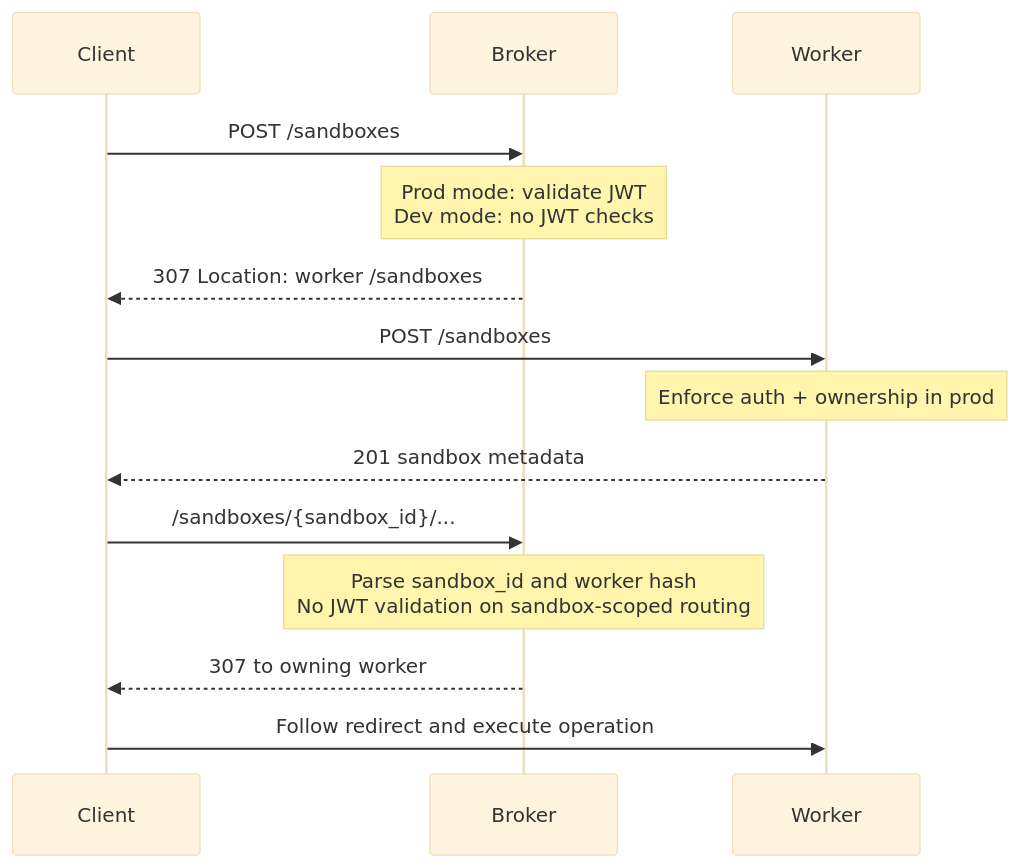
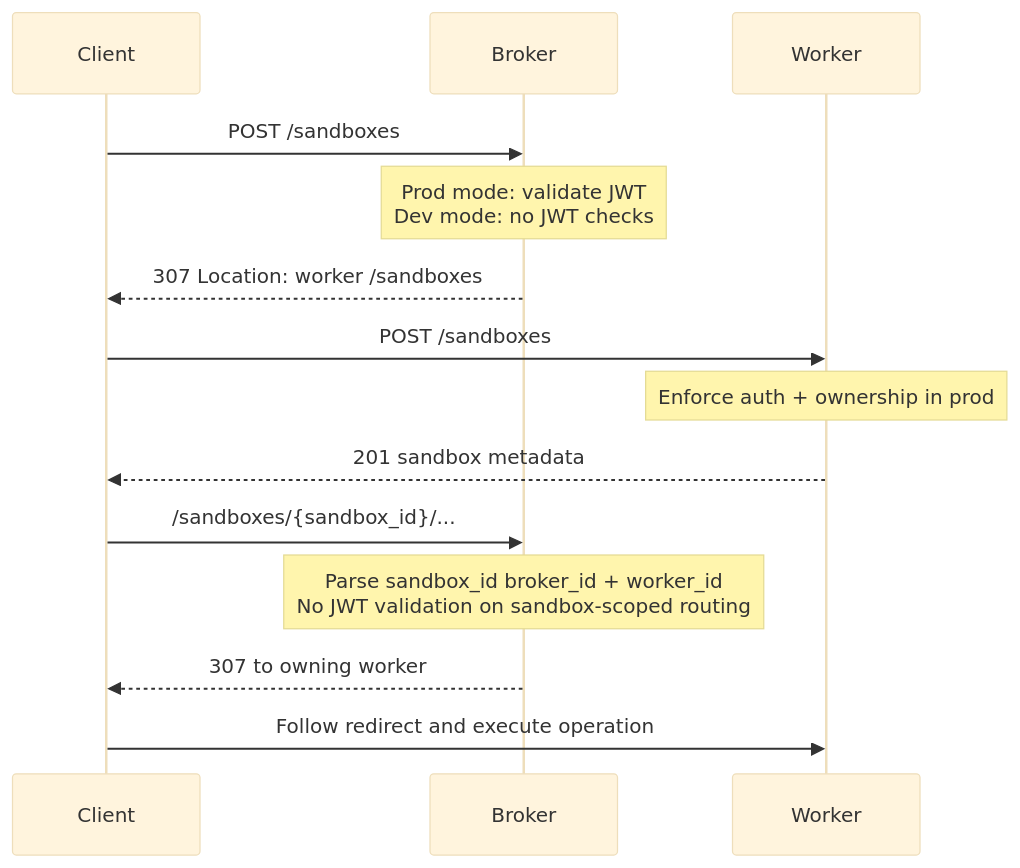
The second of 3 diagrams in README.md (cirruslabs/traforato), drawn with Mermaid (base theme) before and after one commit. The commit also changed other lines of this file and 14 other files, not shown here.

````diff
--- a/README.md
+++ b/README.md
@@ -30,18 +30,18 @@
 ```mermaid
 sequenceDiagram
   participant C as Client
   participant BR as Broker
   participant W as Worker
 
   C->>BR: POST /sandboxes
   Note over BR: Prod mode: validate JWT<br/>Dev mode: no JWT checks
   BR-->>C: 307 Location: worker /sandboxes
   C->>W: POST /sandboxes
   Note over W: Enforce auth + ownership in prod
   W-->>C: 201 sandbox metadata
 
   C->>BR: /sandboxes/{sandbox_id}/...
-  Note over BR: Parse sandbox_id and worker hash<br/>No JWT validation on sandbox-scoped routing
+  Note over BR: Parse sandbox_id broker_id + worker_id<br/>No JWT validation on sandbox-scoped routing
   BR-->>C: 307 to owning worker
   C->>W: Follow redirect and execute operation
 ```
````
